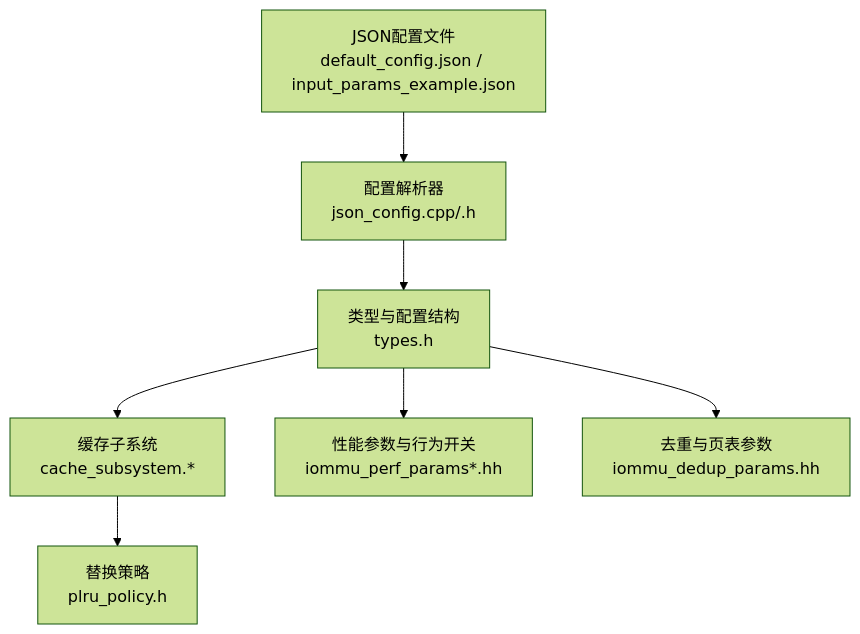
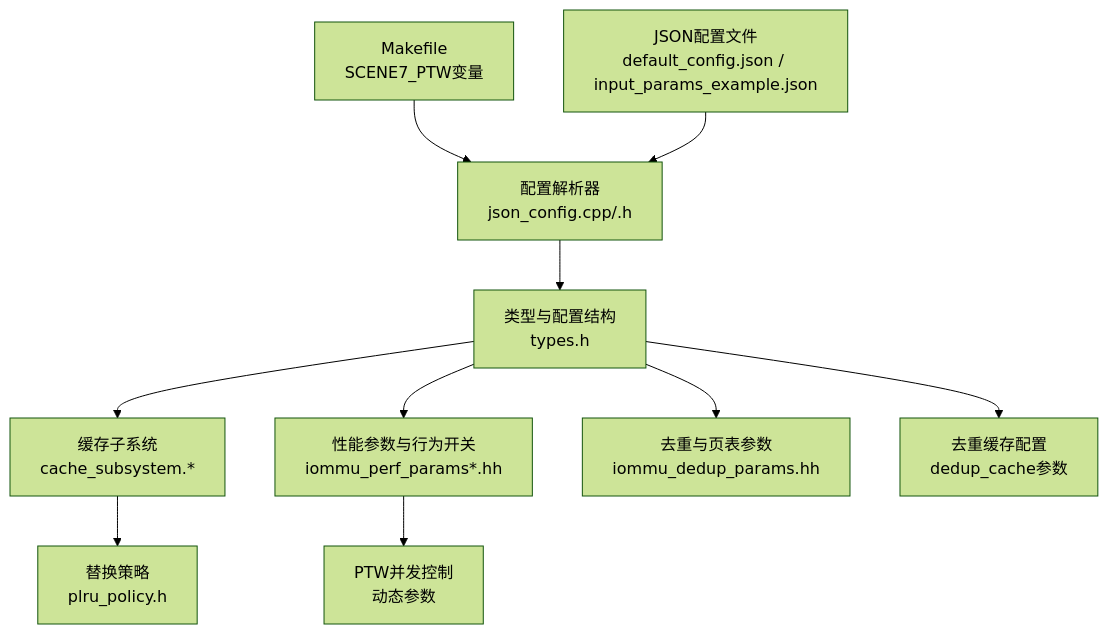
Before and after one commit to jiangjiang1122/iommu_model_20260401_v1: the first of 4 diagrams in .qoder/repowiki/zh/content/配置与参数/配置与参数.md, drawn with Mermaid (forest theme). The commit also changed other lines of this file and 186 other files, not shown here.

````diff
--- a/.qoder/repowiki/zh/content/配置与参数/配置与参数.md
+++ b/.qoder/repowiki/zh/content/配置与参数/配置与参数.md
@@ -47,16 +59,22 @@
 ```mermaid
 graph TB
-A["JSON配置文件<br/>default_config.json / input_params_example.json"]
-B["配置解析器<br/>json_config.cpp/.h"]
-C["类型与配置结构<br/>types.h"]
-D["缓存子系统<br/>cache_subsystem.*"]
-E["替换策略<br/>plru_policy.h"]
-F["性能参数与行为开关<br/>iommu_perf_params*.hh"]
-G["去重与页表参数<br/>iommu_dedup_params.hh"]
-A --> B
+A["Makefile<br/>SCENE7_PTW变量"]
+B["JSON配置文件<br/>default_config.json / input_params_example.json"]
+C["配置解析器<br/>json_config.cpp/.h"]
+D["类型与配置结构<br/>types.h"]
+E["缓存子系统<br/>cache_subsystem.*"]
+F["替换策略<br/>plru_policy.h"]
+G["性能参数与行为开关<br/>iommu_perf_params*.hh"]
+H["去重与页表参数<br/>iommu_dedup_params.hh"]
+I["去重缓存配置<br/>dedup_cache参数"]
+J["PTW并发控制<br/>动态参数"]
+A --> C
 B --> C
 C --> D
 D --> E
-C --> F
-C --> G
+E --> F
+D --> G
+D --> H
+D --> I
+G --> J
 ```
````
